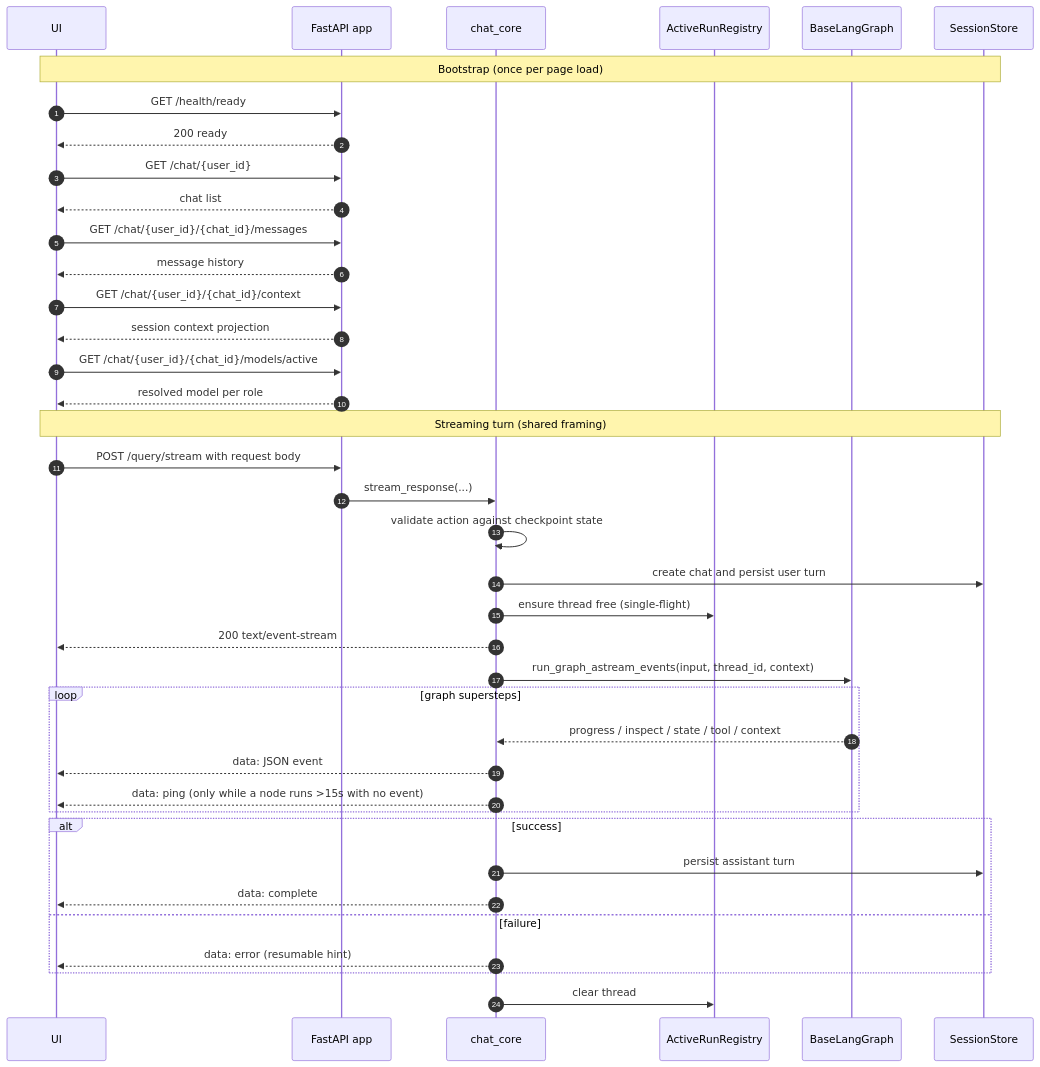
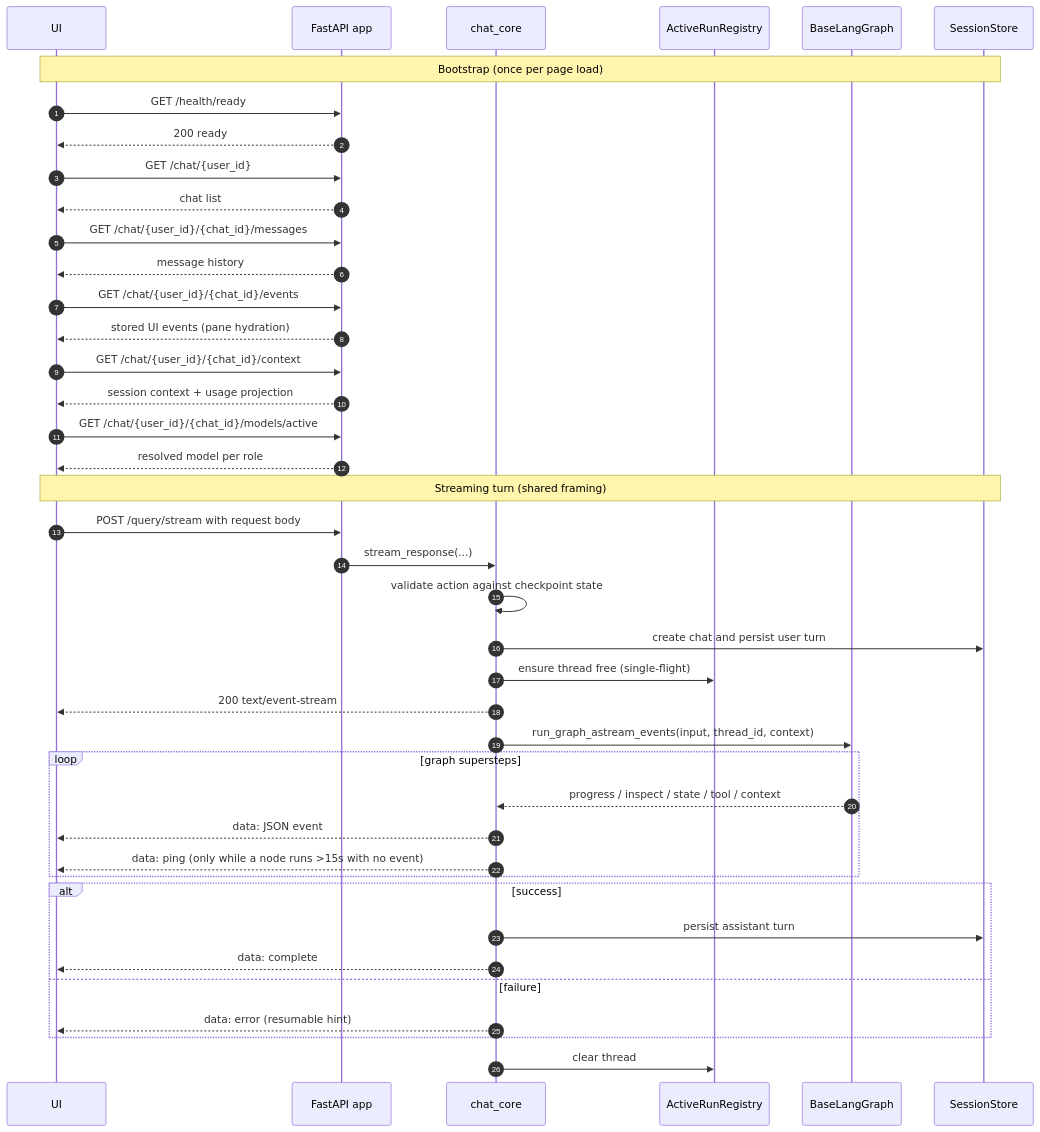
Before and after one commit to NeuroML/klea: the first of 3 diagrams in devdocs/system/api-sse-sequence.md, drawn with Mermaid. The commit also changed other lines of this file and 2 other files, not shown here.

Commit message:
docs: note inspection etc hydration

````diff
--- a/devdocs/system/api-sse-sequence.md
+++ b/devdocs/system/api-sse-sequence.md
@@ -47,43 +47,45 @@
 ```mermaid
 sequenceDiagram
     autonumber
     participant UI as UI
     participant API as FastAPI app
     participant Core as chat_core
     participant Reg as ActiveRunRegistry
     participant Graph as BaseLangGraph
     participant Store as SessionStore
 
     Note over UI,Store: Bootstrap (once per page load)
     UI->>API: GET /health/ready
     API-->>UI: 200 ready
     UI->>API: GET /chat/{user_id}
     API-->>UI: chat list
     UI->>API: GET /chat/{user_id}/{chat_id}/messages
     API-->>UI: message history
+    UI->>API: GET /chat/{user_id}/{chat_id}/events
+    API-->>UI: stored UI events (pane hydration)
     UI->>API: GET /chat/{user_id}/{chat_id}/context
-    API-->>UI: session context projection
+    API-->>UI: session context + usage projection
     UI->>API: GET /chat/{user_id}/{chat_id}/models/active
     API-->>UI: resolved model per role
 
     Note over UI,Store: Streaming turn (shared framing)
     UI->>API: POST /query/stream with request body
     API->>Core: stream_response(...)
     Core->>Core: validate action against checkpoint state
     Core->>Store: create chat and persist user turn
     Core->>Reg: ensure thread free (single-flight)
     Core-->>UI: 200 text/event-stream
     Core->>Graph: run_graph_astream_events(input, thread_id, context)
     loop graph supersteps
         Graph-->>Core: progress / inspect / state / tool / context
         Core-->>UI: data: JSON event
         Core-->>UI: data: ping (only while a node runs >15s with no event)
     end
     alt success
         Core->>Store: persist assistant turn
         Core-->>UI: data: complete
     else failure
         Core-->>UI: data: error (resumable hint)
     end
     Core->>Reg: clear thread
 ```
````
